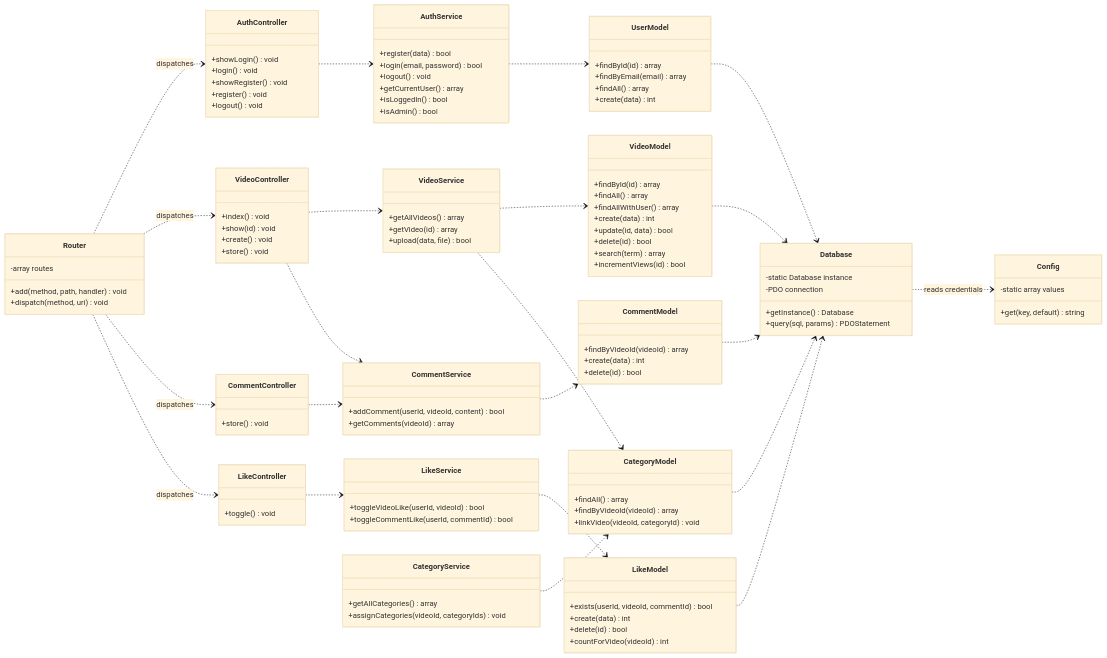
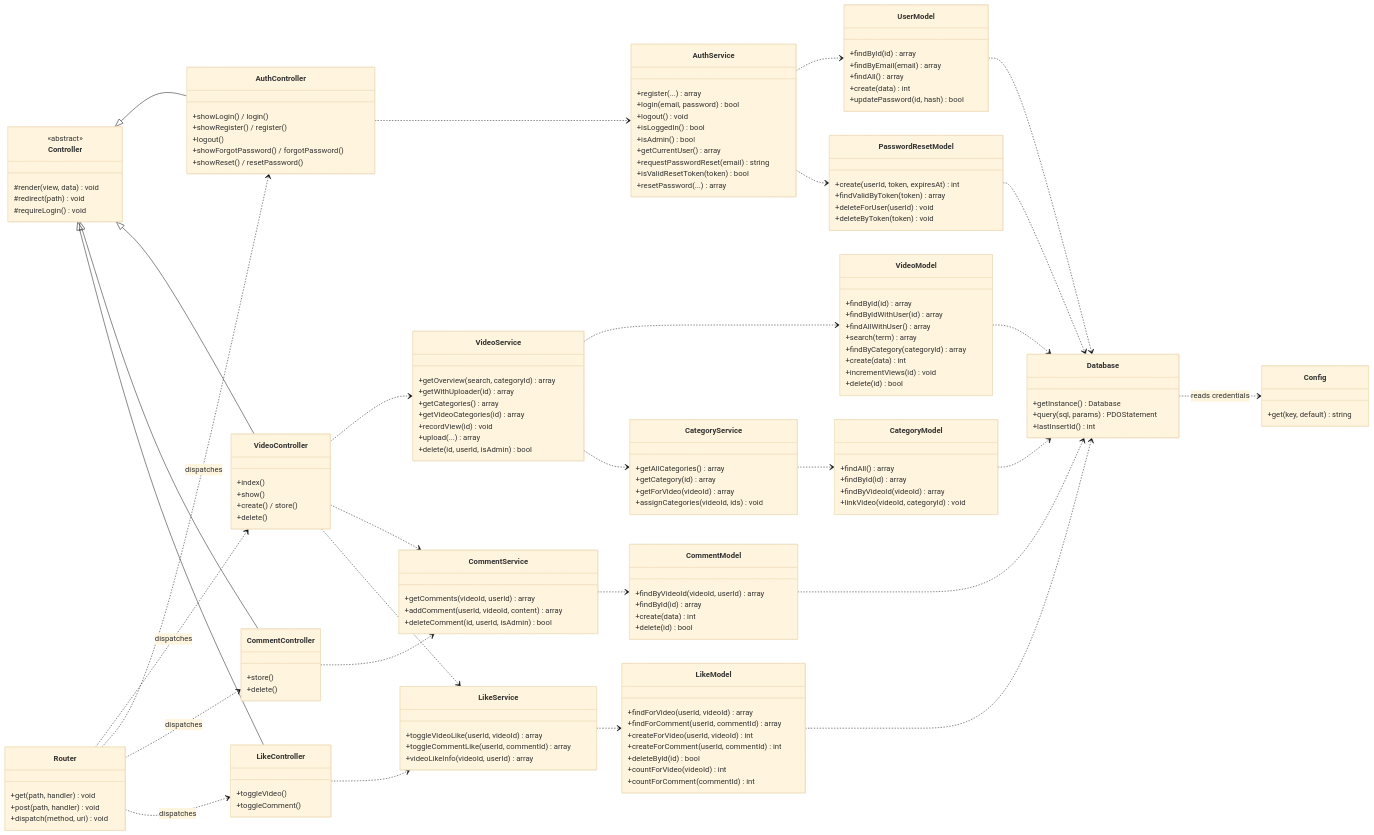
The second of 2 diagrams in README.md (gmxjnr/StreamHive), drawn with Mermaid (base theme) before and after one commit. The commit also changed other lines of this file and 1 other file, not shown here.

Commit message:
Remove unused update method from VideoModel

````diff
--- a/README.md
+++ b/README.md
@@ -165,19 +196,23 @@
     direction LR
 
     class Config {
-        -static array values
         +get(key, default) string
     }
     class Database {
-        -static Database instance
-        -PDO connection
         +getInstance() Database
         +query(sql, params) PDOStatement
+        +lastInsertId() int
     }
     class Router {
-        -array routes
-        +add(method, path, handler) void
+        +get(path, handler) void
+        +post(path, handler) void
         +dispatch(method, uri) void
+    }
+    class Controller {
+        <<abstract>>
+        #render(view, data) void
+        #redirect(path) void
+        #requireLogin() void
     }
 
     class UserModel {
@@ -185,79 +220,109 @@
         +findByEmail(email) array
         +findAll() array
         +create(data) int
+        +updatePassword(id, hash) bool
     }
     class VideoModel {
         +findById(id) array
-        +findAll() array
+        +findByIdWithUser(id) array
         +findAllWithUser() array
+        +search(term) array
+        +findByCategory(categoryId) array
         +create(data) int
-        +update(id, data) bool
+        +incrementViews(id) void
         +delete(id) bool
-        +search(term) array
-        +incrementViews(id) bool
     }
     class CommentModel {
-        +findByVideoId(videoId) array
+        +findByVideoId(videoId, userId) array
+        +findById(id) array
         +create(data) int
         +delete(id) bool
     }
     class LikeModel {
-        +exists(userId, videoId, commentId) bool
-        +create(data) int
-        +delete(id) bool
+        +findForVideo(userId, videoId) array
+        +findForComment(userId, commentId) array
+        +createForVideo(userId, videoId) int
+        +createForComment(userId, commentId) int
+        +deleteById(id) bool
         +countForVideo(videoId) int
+        +countForComment(commentId) int
     }
     class CategoryModel {
         +findAll() array
+        +findById(id) array
         +findByVideoId(videoId) array
         +linkVideo(videoId, categoryId) void
     }
+    class PasswordResetModel {
+        +create(userId, token, expiresAt) int
+        +findValidByToken(token) array
+        +deleteForUser(userId) void
+        +deleteByToken(token) void
+    }
 
     class AuthService {
-        +register(data) bool
+        +register(...) array
         +login(email, password) bool
         +logout() void
-        +getCurrentUser() array
         +isLoggedIn() bool
         +isAdmin() bool
+        +getCurrentUser() array
+        +requestPasswordReset(email) string
+        +isValidResetToken(token) bool
+        +resetPassword(...) array
     }
     class VideoService {
-        +getAllVideos() array
-        +getVideo(id) array
-        +upload(data, file) bool
+        +getOverview(search, categoryId) array
+        +getWithUploader(id) array
+        +getCategories() array
+        +getVideoCategories(id) array
+        +recordView(id) void
+        +upload(...) array
+        +delete(id, userId, isAdmin) bool
     }
     class CommentService {
-        +addComment(userId, videoId, content) bool
-        +getComments(videoId) array
+        +getComments(videoId, userId) array
+        +addComment(userId, videoId, content) array
+        +deleteComment(id, userId, isAdmin) bool
     }
     class LikeService {
-        +toggleVideoLike(userId, videoId) bool
-        +toggleCommentLike(userId, commentId) bool
+        +toggleVideoLike(userId, videoId) array
+        +toggleCommentLike(userId, commentId) array
+        +videoLikeInfo(videoId, userId) array
     }
     class CategoryService {
         +getAllCategories() array
-        +assignCategories(videoId, categoryIds) void
+        +getCategory(id) array
+        +getForVideo(videoId) array
+        +assignCategories(videoId, ids) void
     }
 
     class AuthController {
-        +showLogin() void
-        +login() void
-        +showRegister() void
-        +register() void
-        +logout() void
+        +showLogin() / login()
+        +showRegister() / register()
+        +logout()
+        +showForgotPassword() / forgotPassword()
+        +showReset() / resetPassword()
     }
     class VideoController {
-        +index() void
-        +show(id) void
-        +create() void
-        +store() void
+        +index()
+        +show()
+        +create() / store()
+        +delete()
     }
     class CommentController {
-        +store() void
+        +store()
+        +delete()
     }
     class LikeController {
-        +toggle() void
+        +toggleVideo()
+        +toggleComment()
     }
+
+    Controller <|-- AuthController
+    Controller <|-- VideoController
+    Controller <|-- CommentController
+    Controller <|-- LikeController
 
     Database ..> Config : reads credentials
 
@@ -266,10 +331,12 @@
     CommentModel ..> Database
     LikeModel ..> Database
     CategoryModel ..> Database
+    PasswordResetModel ..> Database
 
     AuthService ..> UserModel
+    AuthService ..> PasswordResetModel
     VideoService ..> VideoModel
-    VideoService ..> CategoryModel
+    VideoService ..> CategoryService
     CommentService ..> CommentModel
     LikeService ..> LikeModel
     CategoryService ..> CategoryModel
@@ -277,11 +344,12 @@
     AuthController ..> AuthService
     VideoController ..> VideoService
     VideoController ..> CommentService
+    VideoController ..> LikeService
     CommentController ..> CommentService
     LikeController ..> LikeService
 
+    Router ..> VideoController : dispatches
     Router ..> AuthController : dispatches
-    Router ..> VideoController : dispatches
     Router ..> CommentController : dispatches
     Router ..> LikeController : dispatches
 ```
````
